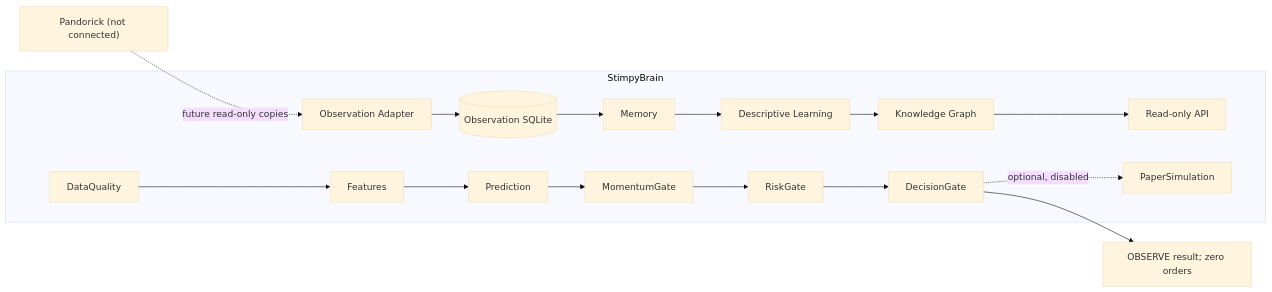
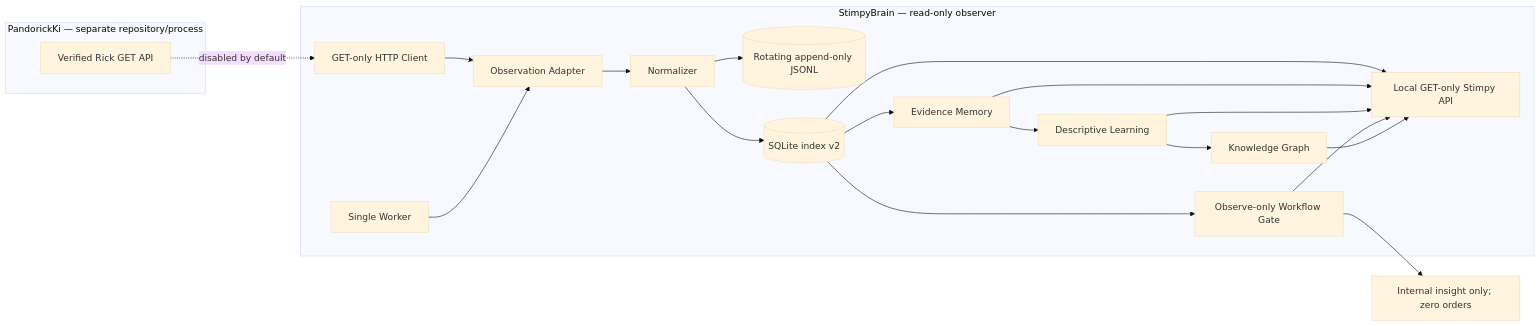
The diagram in docs/ARCHITECTURE.md (cRioshy/StimpyBrain), drawn with Mermaid (base theme) before and after one commit. The commit also changed other lines of this file and 30 other files, not shown here.

Commit message:
Implement StimpyBrain phase 2 read-only observer

````diff
--- a/docs/ARCHITECTURE.md
+++ b/docs/ARCHITECTURE.md
@@ -3,10 +3,17 @@
 ```mermaid
 flowchart LR
-  P["Pandorick (not connected)"] -. "future read-only copies" .-> A[Observation Adapter]
-  subgraph S[StimpyBrain]
-    A --> O[(Observation SQLite)] --> M[Memory] --> L[Descriptive Learning] --> K[Knowledge Graph] --> API[Read-only API]
-    DQ[DataQuality] --> F[Features] --> PR[Prediction] --> MG[MomentumGate] --> RG[RiskGate] --> DG[DecisionGate]
-    DG -. "optional, disabled" .-> PS[PaperSimulation]
+  subgraph P["PandorickKi — separate repository/process"]
+    R["Verified Rick GET API"]
   end
-  DG --> X["OBSERVE result; zero orders"]
+  subgraph S["StimpyBrain — read-only observer"]
+    C["GET-only HTTP Client"] --> A[Observation Adapter] --> N[Normalizer]
+    N --> J[(Rotating append-only JSONL)]
+    N --> DB[(SQLite index v2)]
+    DB --> M[Evidence Memory] --> L[Descriptive Learning] --> G[Knowledge Graph]
+    DB --> W["Observe-only Workflow Gate"]
+    DB & M & L & W & G --> API["Local GET-only Stimpy API"]
+    WK[Single Worker] --> A
+  end
+  R -. "disabled by default" .-> C
+  W --> I["Internal insight only; zero orders"]
 ```
````
